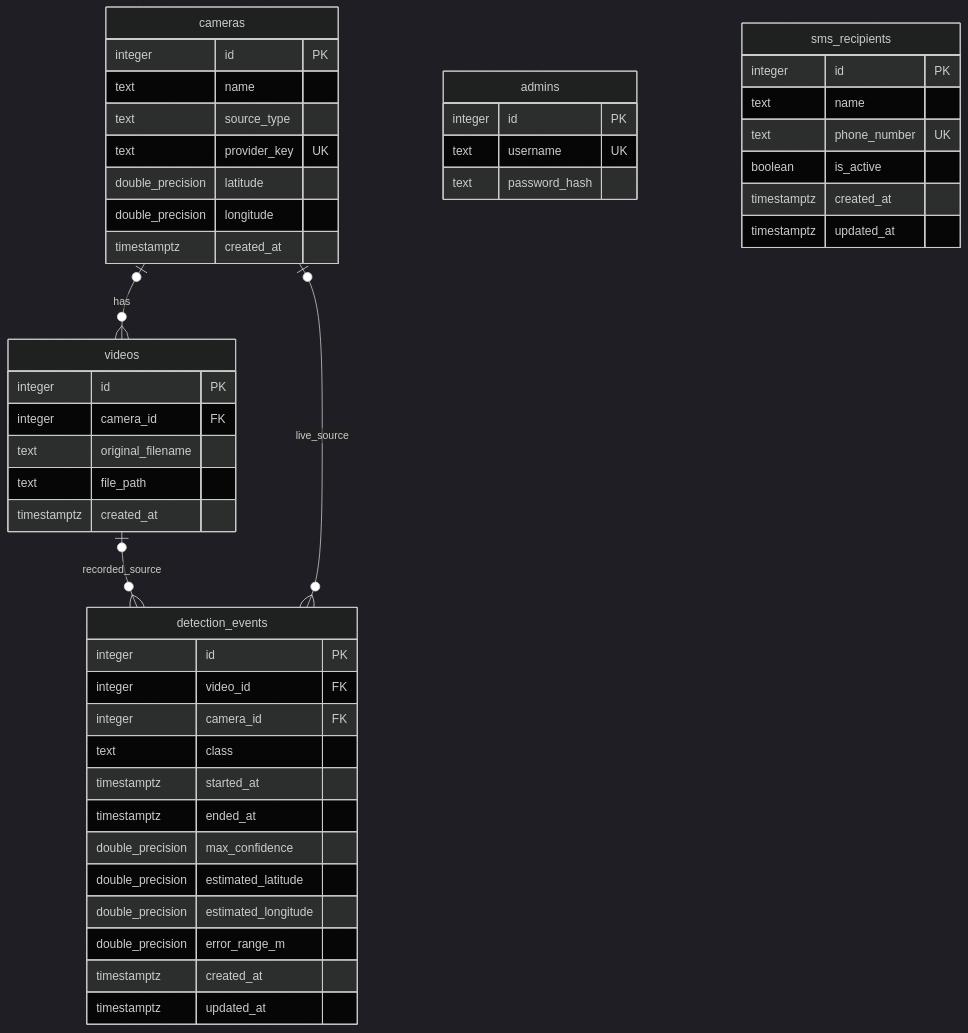
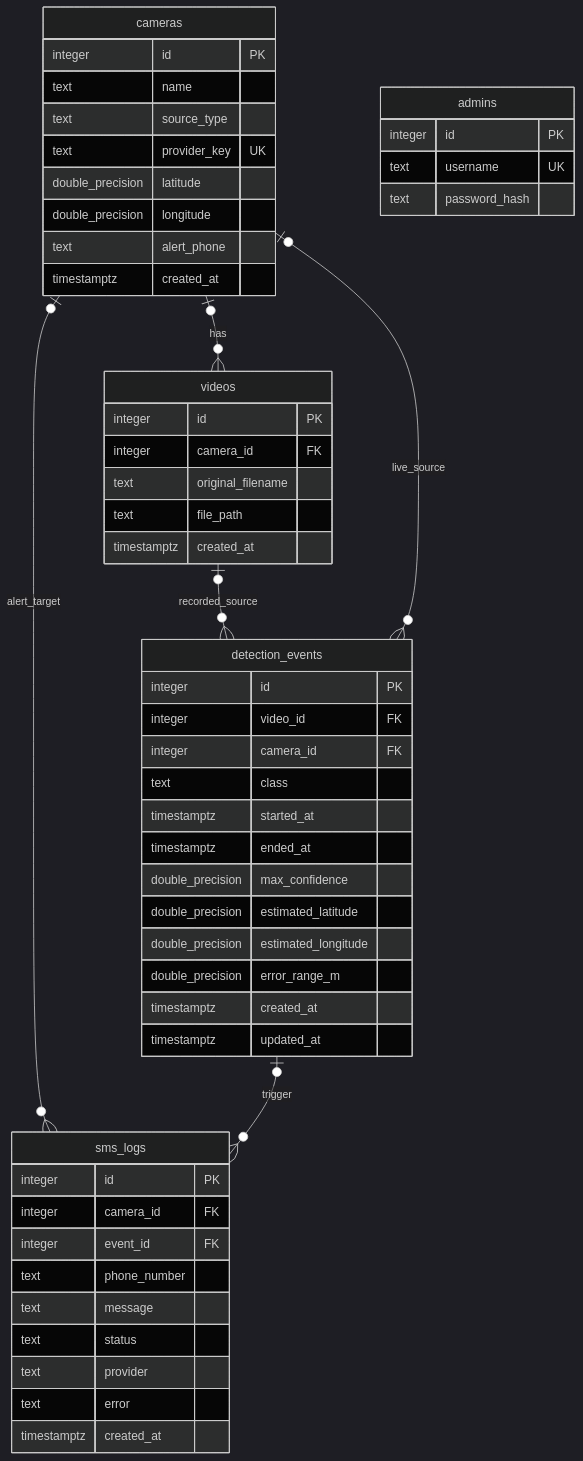
One commit to KNU-FireGuard/wildfire-detection-geolocation changed the diagram in docs/DATABASE.md. Above: the diagram before and after it, drawn with Mermaid (dark theme). The commit also changed other lines of this file and 26 other files, not shown here.

````diff
--- a/docs/DATABASE.md
+++ b/docs/DATABASE.md
@@ -9,50 +9,56 @@
 ```mermaid
 erDiagram
     cameras |o--o{ videos : has
     videos |o--o{ detection_events : recorded_source
     cameras |o--o{ detection_events : live_source
+    cameras |o--o{ sms_logs : alert_target
+    detection_events |o--o{ sms_logs : trigger
 
     cameras {
         integer id PK
         text name
         text source_type
         text provider_key UK
         double_precision latitude
         double_precision longitude
+        text alert_phone
         timestamptz created_at
     }
     videos {
         integer id PK
         integer camera_id FK
         text original_filename
         text file_path
         timestamptz created_at
     }
     detection_events {
         integer id PK
         integer video_id FK
         integer camera_id FK
         text class
         timestamptz started_at
         timestamptz ended_at
         double_precision max_confidence
         double_precision estimated_latitude
         double_precision estimated_longitude
         double_precision error_range_m
         timestamptz created_at
         timestamptz updated_at
     }
     admins {
         integer id PK
         text username UK
         text password_hash
     }
-    sms_recipients {
+    sms_logs {
         integer id PK
-        text name
-        text phone_number UK
-        boolean is_active
+        integer camera_id FK
+        integer event_id FK
+        text phone_number
+        text message
+        text status
+        text provider
+        text error
         timestamptz created_at
-        timestamptz updated_at
     }
 ```
````
